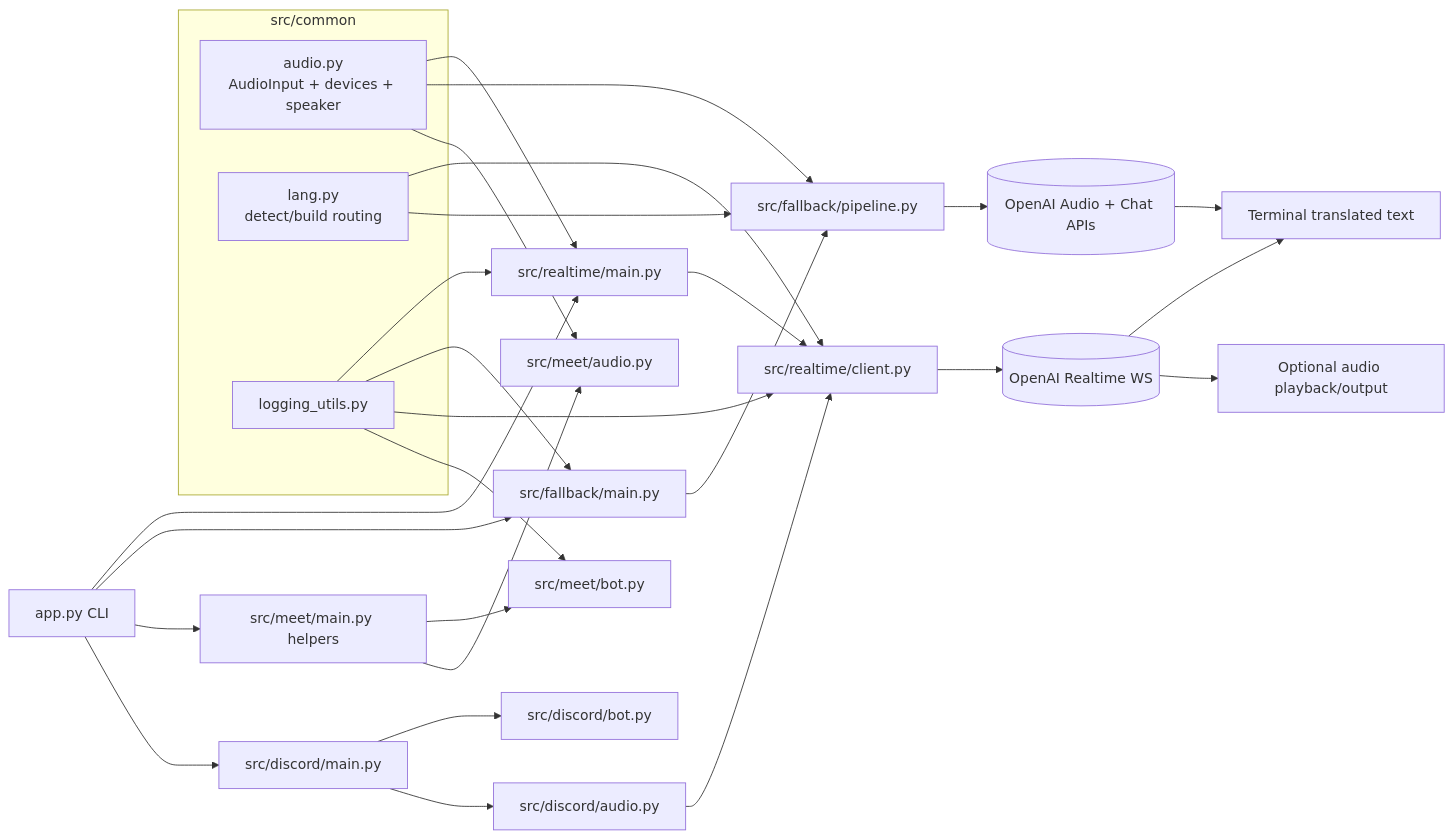
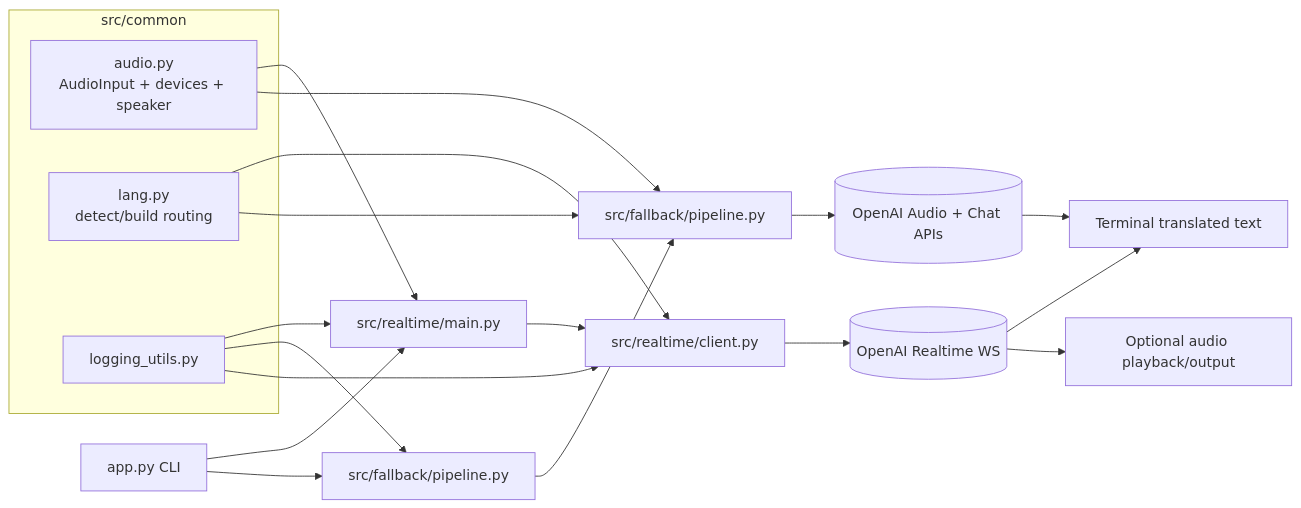
Before and after one commit to Huy-8bit/MeetQ: the diagram in docs/architecture.md, drawn with Mermaid. The commit also changed other lines of this file and 29 other files, not shown here.

````diff
--- a/docs/architecture.md
+++ b/docs/architecture.md
@@ -42,40 +31,31 @@
 ```mermaid
 flowchart LR
     CLI[app.py CLI]
 
     CLI --> RT[src/realtime/main.py]
-    CLI --> FB[src/fallback/main.py]
-    CLI --> MEET[src/meet/main.py helpers]
-    CLI --> DISC[src/discord/main.py]
+    CLI --> FB[src/fallback/pipeline.py]
 
     subgraph Common[src/common]
       AUDIO[audio.py\nAudioInput + devices + speaker]
       LANG[lang.py\ndetect/build routing]
       LOG[logging_utils.py]
     end
 
     RT --> RTC[src/realtime/client.py]
     FB --> FBP[src/fallback/pipeline.py]
-    MEET --> MBOT[src/meet/bot.py]
-    MEET --> MAUD[src/meet/audio.py]
-    DISC --> DBOT[src/discord/bot.py]
-    DISC --> DAUD[src/discord/audio.py]
 
     RTC --> OPENAI[(OpenAI Realtime WS)]
     FBP --> OPENAIA[(OpenAI Audio + Chat APIs)]
 
     AUDIO --> RT
     AUDIO --> FBP
-    AUDIO --> MAUD
-    DAUD --> RTC
     LANG --> RTC
     LANG --> FBP
     LOG --> RT
     LOG --> FB
     LOG --> RTC
-    LOG --> MBOT
 
     OPENAI --> OUTTXT[Terminal translated text]
     OPENAI --> OUTAUD[Optional audio playback/output]
     OPENAIA --> OUTTXT
 ```
````
